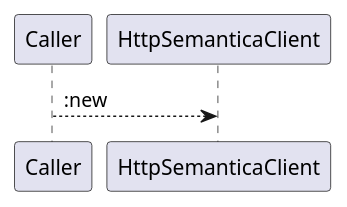
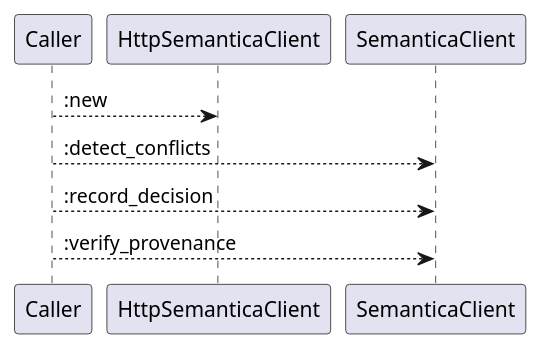
One commit to lgcorzo/rust_CACD_autonomous_factory changed the fifth of 6 diagrams in openwiki/crates_factory_infrastructure_src_semantica.md. Above: the diagram before and after it, drawn with PlantUML. The commit also changed other lines of this file and 96 other files, not shown here.

````diff
--- a/openwiki/crates_factory_infrastructure_src_semantica.md
+++ b/openwiki/crates_factory_infrastructure_src_semantica.md
@@ -267,6 +358,9 @@
 ```plantuml
 @startuml
 Caller --> HttpSemanticaClient::new
+Caller --> SemanticaClient::detect_conflicts
+Caller --> SemanticaClient::record_decision
+Caller --> SemanticaClient::verify_provenance
 @enduml
 
 ```
````
